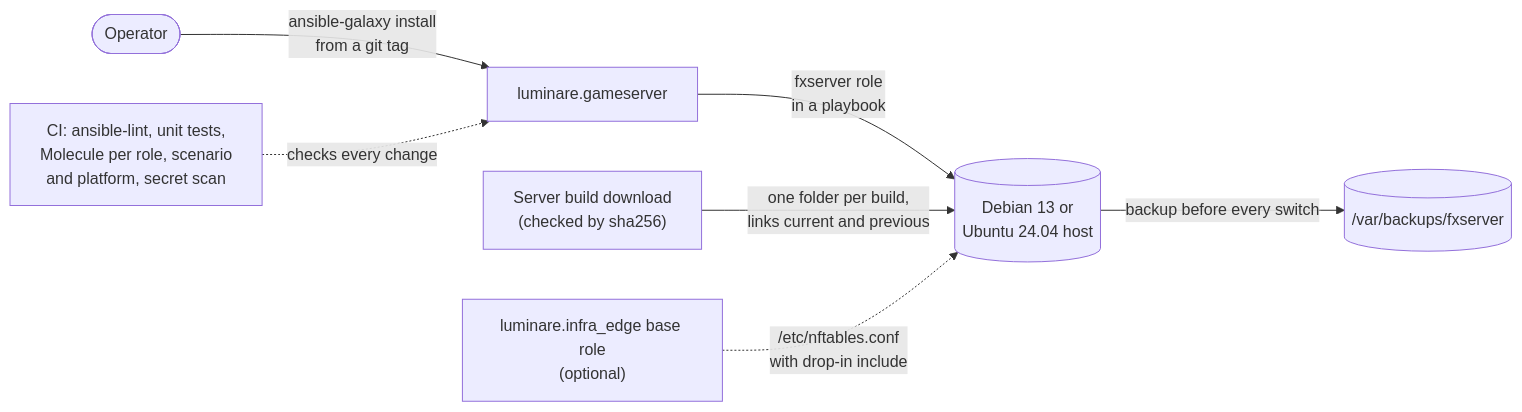
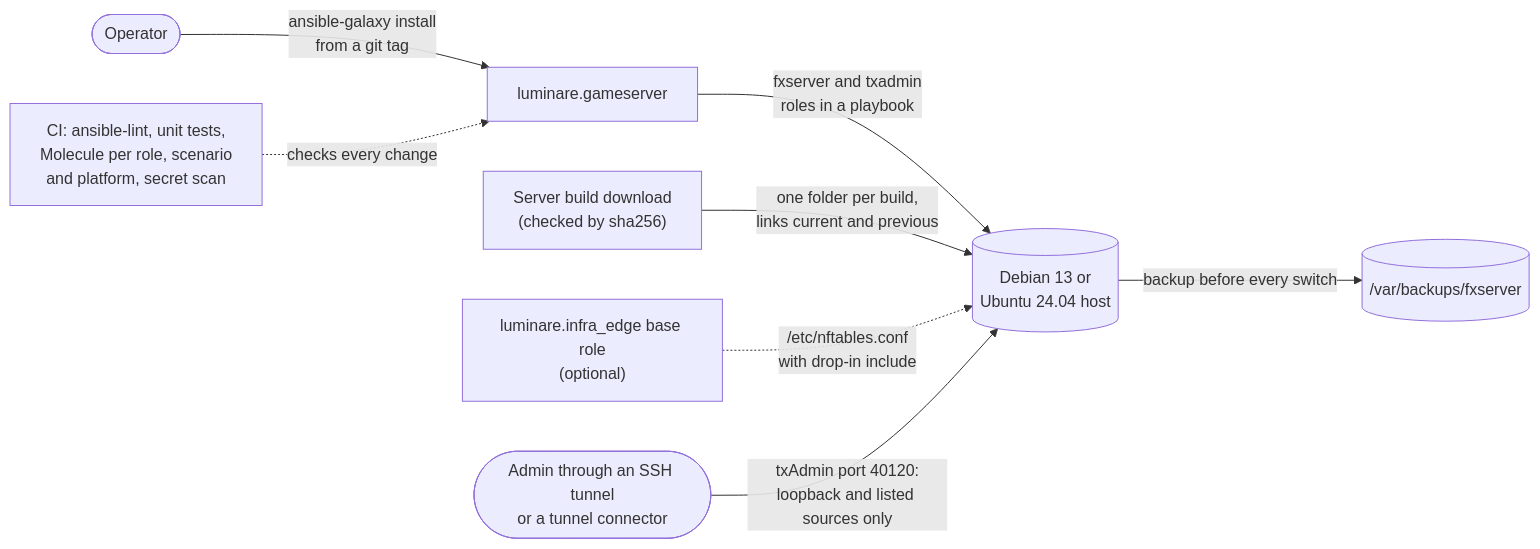
Before and after one commit to luminare-dev/ansible-collection-gameserver: the diagram in README.md, drawn with Mermaid. The commit also changed other lines of this file and 37 other files, not shown here.

First line of the commit message:
feat(txadmin): add the txadmin role (#5)

````diff
--- a/README.md
+++ b/README.md
@@ -51,9 +51,10 @@
 ```mermaid
 flowchart LR
     operator(["Operator"]) -->|"ansible-galaxy install<br/>from a git tag"| collection["luminare.gameserver"]
-    collection -->|"fxserver role<br/>in a playbook"| host[("Debian 13 or<br/>Ubuntu 24.04 host")]
+    collection -->|"fxserver and txadmin<br/>roles in a playbook"| host[("Debian 13 or<br/>Ubuntu 24.04 host")]
     download["Server build download<br/>(checked by sha256)"] -->|"one folder per build,<br/>links current and previous"| host
     host -->|"backup before every switch"| backups[("/var/backups/fxserver")]
     edge["luminare.infra_edge base role<br/>(optional)"] -.->|"/etc/nftables.conf<br/>with drop-in include"| host
+    admin(["Admin through an SSH tunnel<br/>or a tunnel connector"]) -->|"txAdmin port 40120:<br/>loopback and listed sources only"| host
     ci["CI: ansible-lint, unit tests,<br/>Molecule per role, scenario<br/>and platform, secret scan"] -.->|"checks every change"| collection
 ```
````
